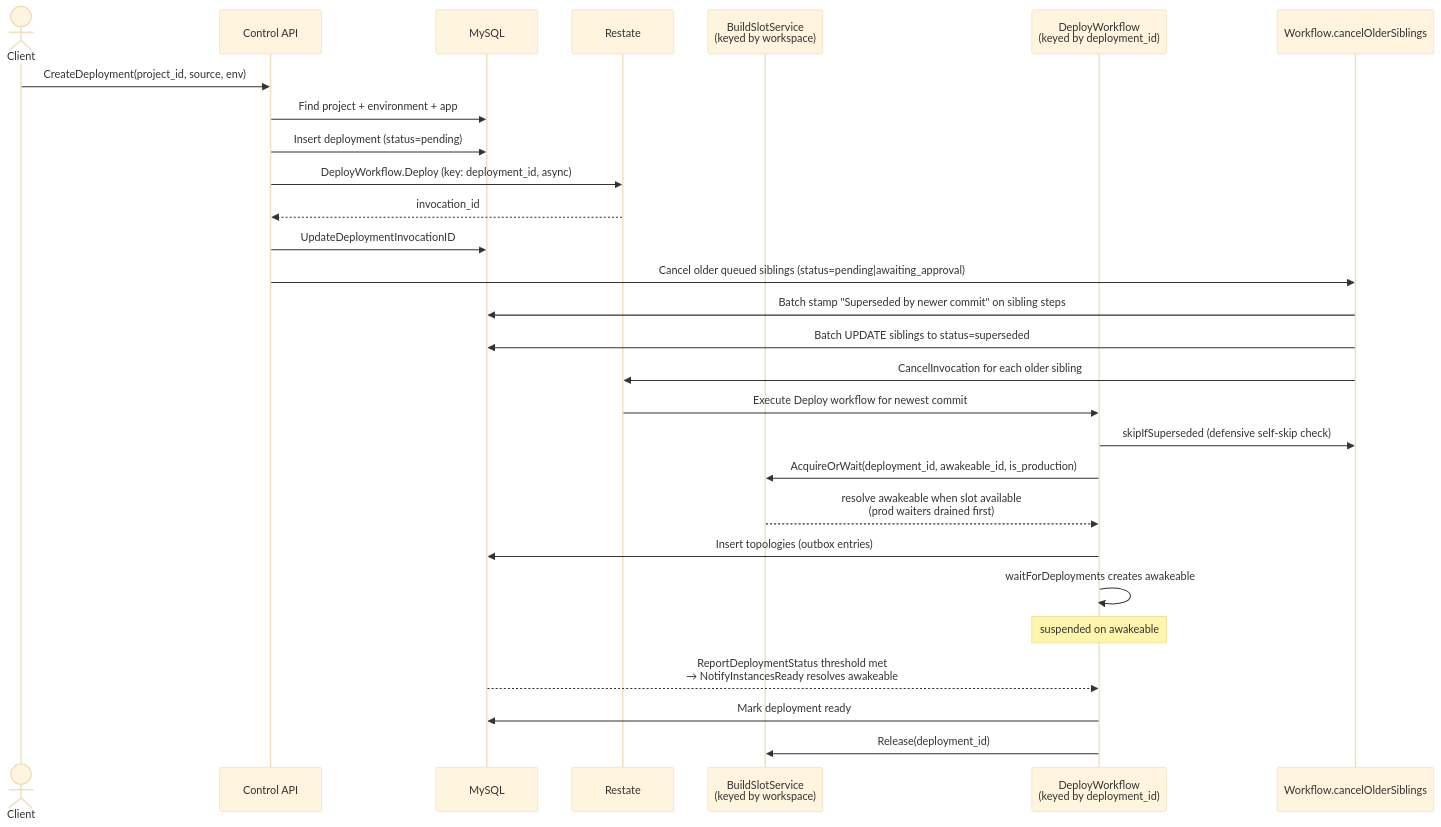
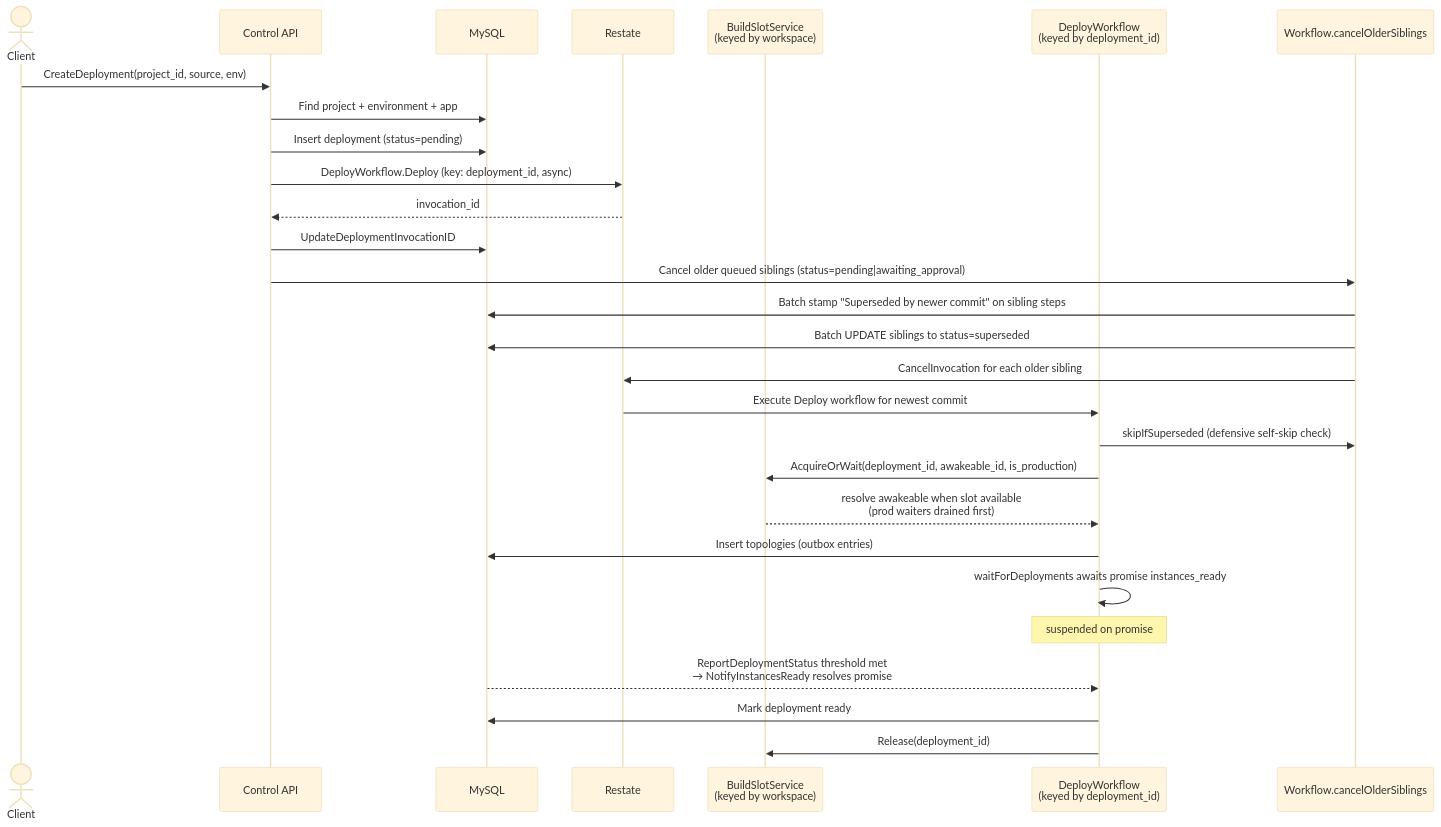
Before and after one commit to unkeyed/unkey: the first of 4 diagrams in docs/engineering/architecture/services/control-plane/worker/workflows/deployments.mdx, drawn with Mermaid (base theme). The commit also changed other lines of this file and 23 other files, not shown here.

````diff
--- a/docs/engineering/architecture/services/control-plane/worker/workflows/deployments.mdx
+++ b/docs/engineering/architecture/services/control-plane/worker/workflows/deployments.mdx
@@ -30,31 +30,31 @@
 ```mermaid
 sequenceDiagram
   actor Client
   participant CtrlAPI as Control API
   participant DB as MySQL
   participant Restate as Restate
   participant BuildSlot as BuildSlotService<br/>(keyed by workspace)
   participant Worker as DeployWorkflow<br/>(keyed by deployment_id)
   participant Dedup as Workflow.cancelOlderSiblings
 
   Client->>CtrlAPI: CreateDeployment(project_id, source, env)
   CtrlAPI->>DB: Find project + environment + app
   CtrlAPI->>DB: Insert deployment (status=pending)
   CtrlAPI->>Restate: DeployWorkflow.Deploy (key: deployment_id, async)
   Restate-->>CtrlAPI: invocation_id
   CtrlAPI->>DB: UpdateDeploymentInvocationID
   CtrlAPI->>Dedup: Cancel older queued siblings (status=pending|awaiting_approval)
   Dedup->>DB: Batch stamp "Superseded by newer commit" on sibling steps
   Dedup->>DB: Batch UPDATE siblings to status=superseded
   Dedup->>Restate: CancelInvocation for each older sibling
   Restate->>Worker: Execute Deploy workflow for newest commit
   Worker->>Dedup: skipIfSuperseded (defensive self-skip check)
   Worker->>BuildSlot: AcquireOrWait(deployment_id, awakeable_id, is_production)
   BuildSlot-->>Worker: resolve awakeable when slot available<br/>(prod waiters drained first)
   Worker->>DB: Insert topologies (outbox entries)
-  Worker->>Worker: waitForDeployments creates awakeable
-  Note over Worker: suspended on awakeable
-  DB-->>Worker: ReportDeploymentStatus threshold met<br/>→ NotifyInstancesReady resolves awakeable
+  Worker->>Worker: waitForDeployments awaits promise instances_ready
+  Note over Worker: suspended on promise
+  DB-->>Worker: ReportDeploymentStatus threshold met<br/>→ NotifyInstancesReady resolves promise
   Worker->>DB: Mark deployment ready
   Worker->>BuildSlot: Release(deployment_id)
 ```
````
